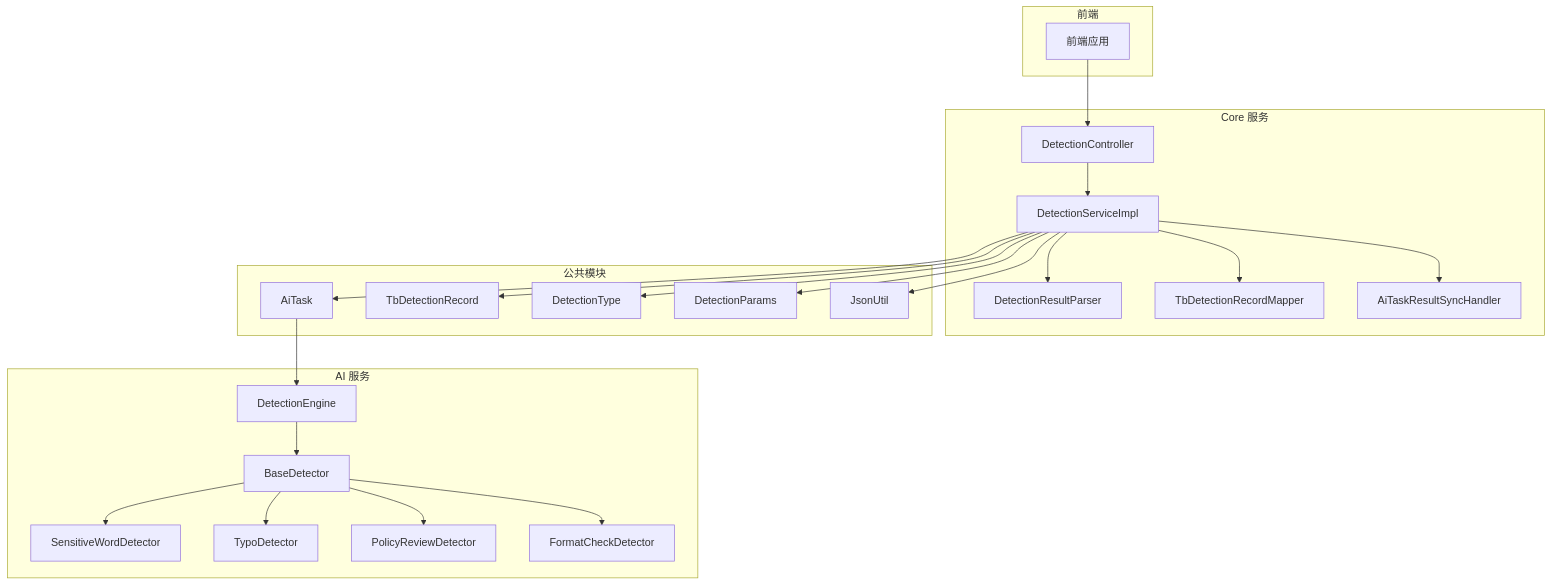
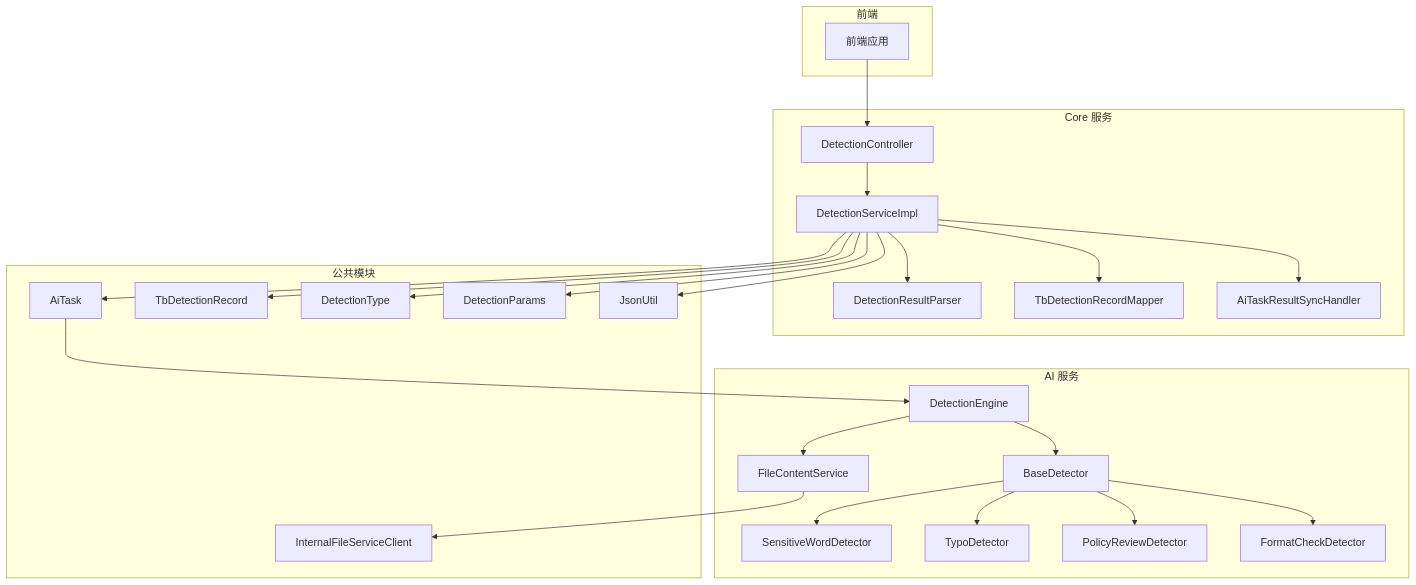
The first of 6 diagrams in .qoder/repowiki/zh/content/后端服务/核心业务服务 (ele-ai-tender-core)/智能检测服务.md (DrunkFood/First), drawn with Mermaid before and after one commit. The commit also changed other lines of this file and 69 other files, not shown here.

````diff
--- a/.qoder/repowiki/zh/content/后端服务/核心业务服务 (ele-ai-tender-core)/智能检测服务.md
+++ b/.qoder/repowiki/zh/content/后端服务/核心业务服务 (ele-ai-tender-core)/智能检测服务.md
@@ -46,44 +55,48 @@
 ```mermaid
 graph TB
 subgraph "前端"
 FE["前端应用"]
 end
 subgraph "Core 服务"
 DC["DetectionController"]
 DS["DetectionServiceImpl"]
 DRP["DetectionResultParser"]
 DMR["TbDetectionRecordMapper"]
 SCH["AiTaskResultSyncHandler"]
 end
 subgraph "AI 服务"
 DE["DetectionEngine"]
 BD["BaseDetector"]
 SWD["SensitiveWordDetector"]
 TYP["TypoDetector"]
 PRD["PolicyReviewDetector"]
 FCD["FormatCheckDetector"]
+FCS["FileContentService"]
 end
 subgraph "公共模块"
 AT["AiTask"]
 DR["TbDetectionRecord"]
 DT["DetectionType"]
 DP["DetectionParams"]
 JU["JsonUtil"]
+IFSC["InternalFileServiceClient"]
 end
 FE --> DC
 DC --> DS
 DS --> DMR
 DS --> SCH
 DS --> DRP
 DS --> AT
 DS --> DR
 DS --> DT
 DS --> DP
 DS --> JU
 AT --> DE
 DE --> BD
 BD --> SWD
 BD --> TYP
 BD --> PRD
 BD --> FCD
+DE --> FCS
+FCS --> IFSC
 ```
````
